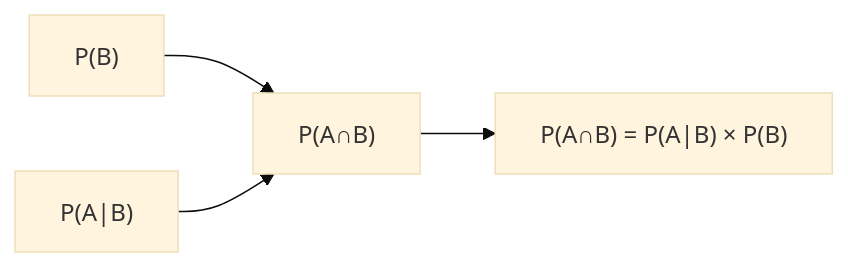
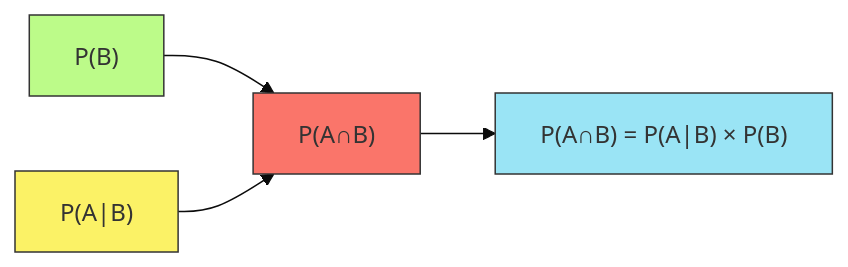
The second of 23 diagrams in C_2.md (Chaklader/part-of-speech-tagging), drawn with Mermaid (base theme) before and after one commit. The commit also changed other lines of this file, not shown here.

````diff
--- a/C_2.md
+++ b/C_2.md
@@ -127,6 +127,11 @@
 ```mermaid
 graph LR
     A["P(B)"] --> C["P(A∩B)"]
     B["P(A|B)"] --> C
     C --> D["P(A∩B) = P(A|B) × P(B)"]
+
+  style A fill:#BCFB89,stroke:#333,stroke-width:1px
+  style B fill:#FBF266,stroke:#333,stroke-width:1px
+  style C fill:#FA756A,stroke:#333,stroke-width:1px
+  style D fill:#9AE4F5,stroke:#333,stroke-width:1px
 ```
````
